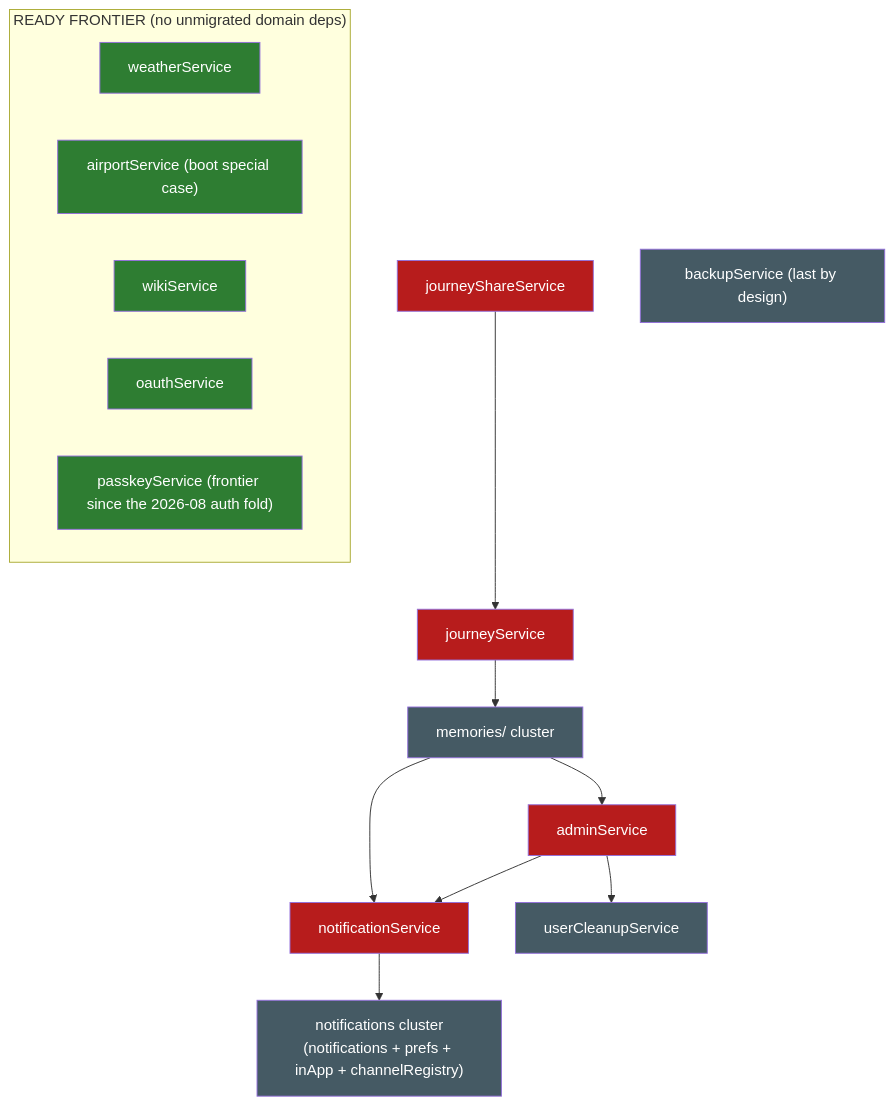
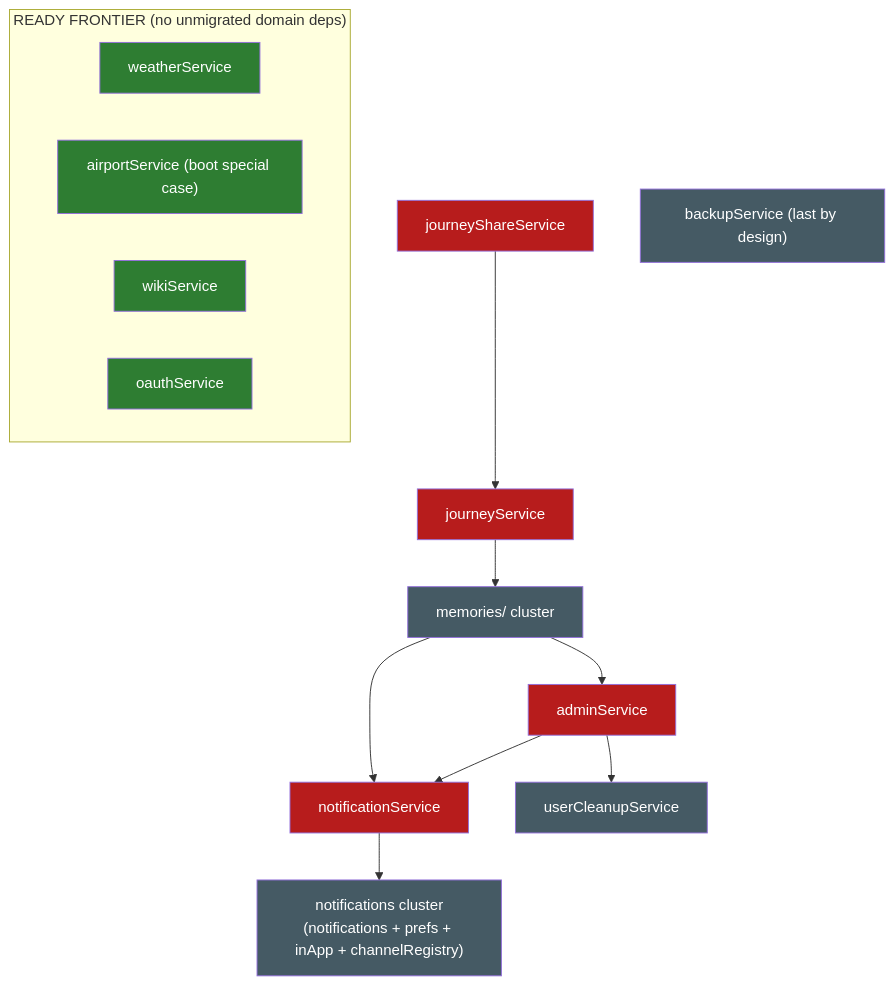
Before and after one commit to BeInLife/TREK: the diagram in migration-graph.md, drawn with Mermaid. The commit also changed other lines of this file, not shown here.

Commit message:
docs: regenerate migration-graph after the passkey fold

````diff
--- a/migration-graph.md
+++ b/migration-graph.md
@@ -334,30 +387,29 @@
 ```mermaid
 flowchart TD
   classDef ready fill:#2e7d32,color:#fff
   classDef blocked fill:#b71c1c,color:#fff
   classDef hub fill:#e65100,color:#fff
   classDef infra fill:#455a64,color:#fff
 
   subgraph frontier["READY FRONTIER (no unmigrated domain deps)"]
     weather[weatherService]:::ready
     airport["airportService (boot special case)"]:::ready
     wiki[wikiService]:::ready
     oauth[oauthService]:::ready
-    passkey["passkeyService (frontier since the 2026-08 auth fold)"]:::ready
   end
 
   notifSvc[notificationService]:::blocked
   admin[adminService]:::blocked
   journey[journeyService]:::blocked
   journeyShare[journeyShareService]:::blocked
   backup["backupService (last by design)"]:::infra
   notifCluster["notifications cluster<br/>(notifications + prefs + inApp + channelRegistry)"]:::infra
   memories["memories/ cluster"]:::infra
   cleanup[userCleanupService]:::infra
 
   notifSvc --> notifCluster
   admin --> notifSvc & cleanup
   journey --> memories
   journeyShare --> journey
   memories --> notifSvc & admin
 ```
````
